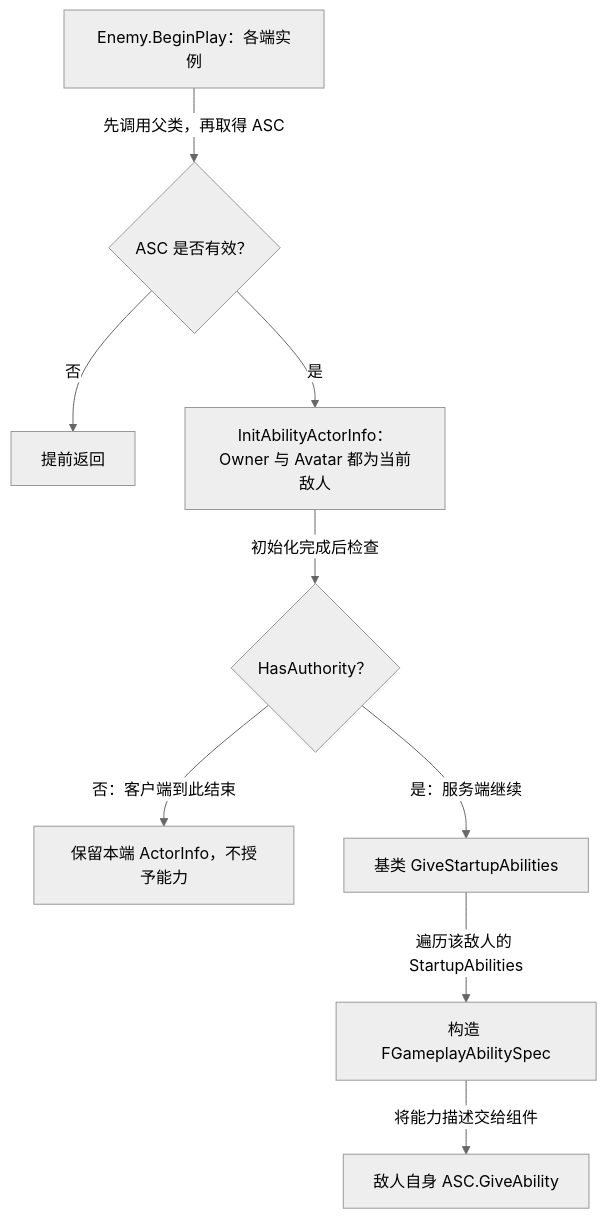
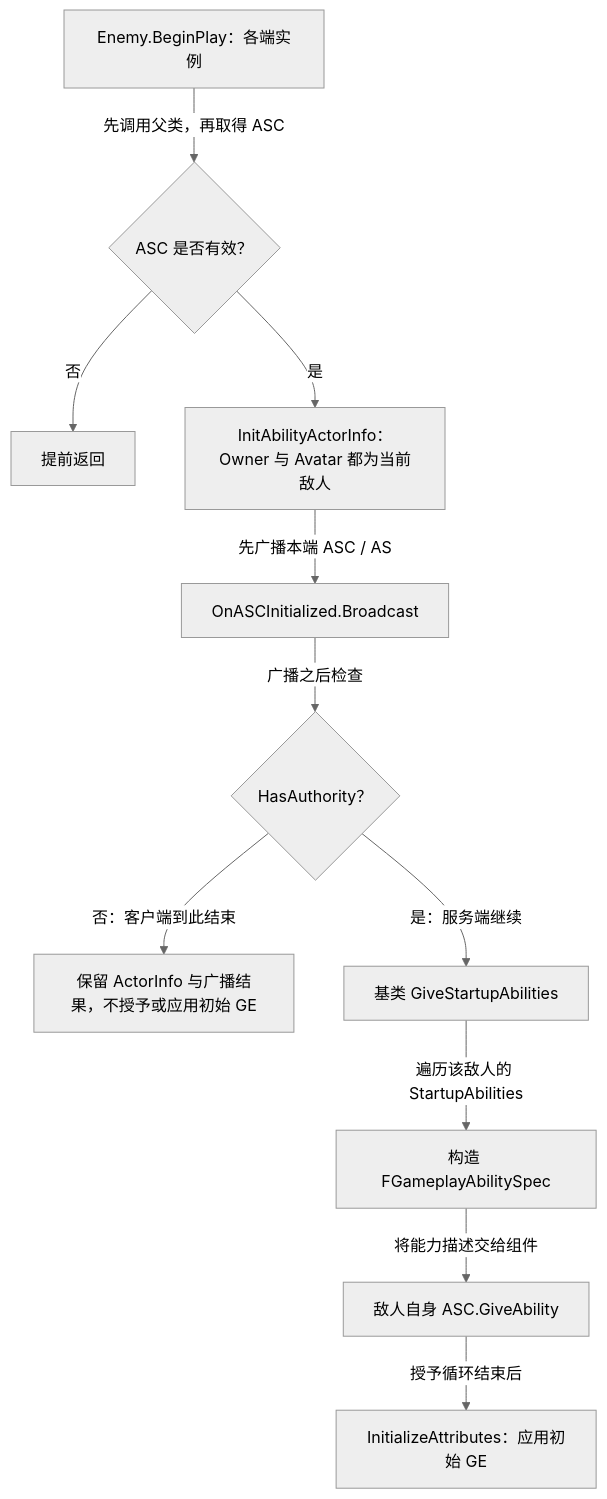
One commit to xue1ong/GAS_StudyNotes changed the diagram in Characters/EnemyCharacter.md. Above: the diagram before and after it, drawn with Mermaid (neutral theme). The commit also changed other lines of this file and 17 other files, not shown here.

````diff
--- a/Characters/EnemyCharacter.md
+++ b/Characters/EnemyCharacter.md
@@ -53,11 +59,13 @@
 ```mermaid
 flowchart TD
     begin["Enemy.BeginPlay：各端实例"] -->|"先调用父类，再取得 ASC"| valid{"ASC 是否有效？"}
     valid -->|"否"| earlyReturn["提前返回"]
     valid -->|"是"| init["InitAbilityActorInfo：Owner 与 Avatar 都为当前敌人"]
-    init -->|"初始化完成后检查"| authority{"HasAuthority？"}
-    authority -->|"否：客户端到此结束"| clientDone["保留本端 ActorInfo，不授予能力"]
+    init -->|"先广播本端 ASC / AS"| signal["OnASCInitialized.Broadcast"]
+    signal -->|"广播之后检查"| authority{"HasAuthority？"}
+    authority -->|"否：客户端到此结束"| clientDone["保留 ActorInfo 与广播结果，不授予或应用初始 GE"]
     authority -->|"是：服务端继续"| startup["基类 GiveStartupAbilities"]
     startup -->|"遍历该敌人的 StartupAbilities"| spec["构造 FGameplayAbilitySpec"]
     spec -->|"将能力描述交给组件"| grant["敌人自身 ASC.GiveAbility"]
+    grant -->|"授予循环结束后"| values["InitializeAttributes：应用初始 GE"]
 ```
````
